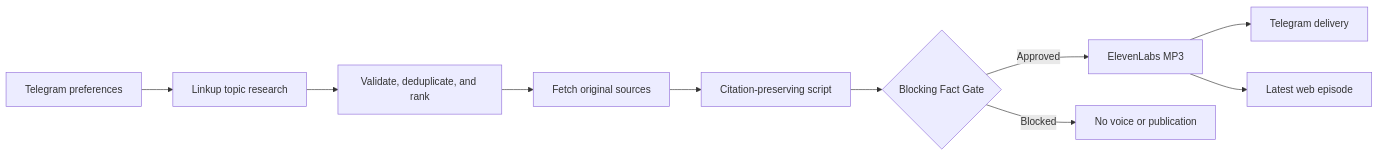
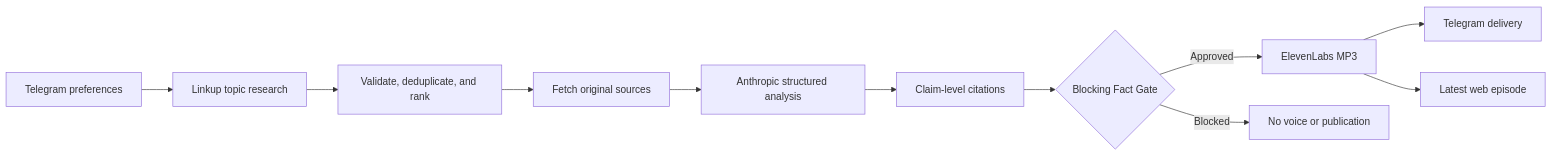
The diagram in README.md (DAVIDshenghuei/Newsroom-Zero), drawn with Mermaid before and after one commit. The commit also changed other lines of this file and 8 other files, not shown here.

````diff
--- a/README.md
+++ b/README.md
@@ -32,12 +32,13 @@
 ```mermaid
 flowchart LR
     A[Telegram preferences] --> B[Linkup topic research]
     B --> C[Validate, deduplicate, and rank]
     C --> D[Fetch original sources]
-    D --> E[Citation-preserving script]
-    E --> F{Blocking Fact Gate}
-    F -- Approved --> G[ElevenLabs MP3]
-    G --> H[Telegram delivery]
-    G --> I[Latest web episode]
-    F -- Blocked --> J[No voice or publication]
+    D --> E[Anthropic structured analysis]
+    E --> F[Claim-level citations]
+    F --> G{Blocking Fact Gate}
+    G -- Approved --> H[ElevenLabs MP3]
+    H --> I[Telegram delivery]
+    H --> J[Latest web episode]
+    G -- Blocked --> K[No voice or publication]
 ```
````
